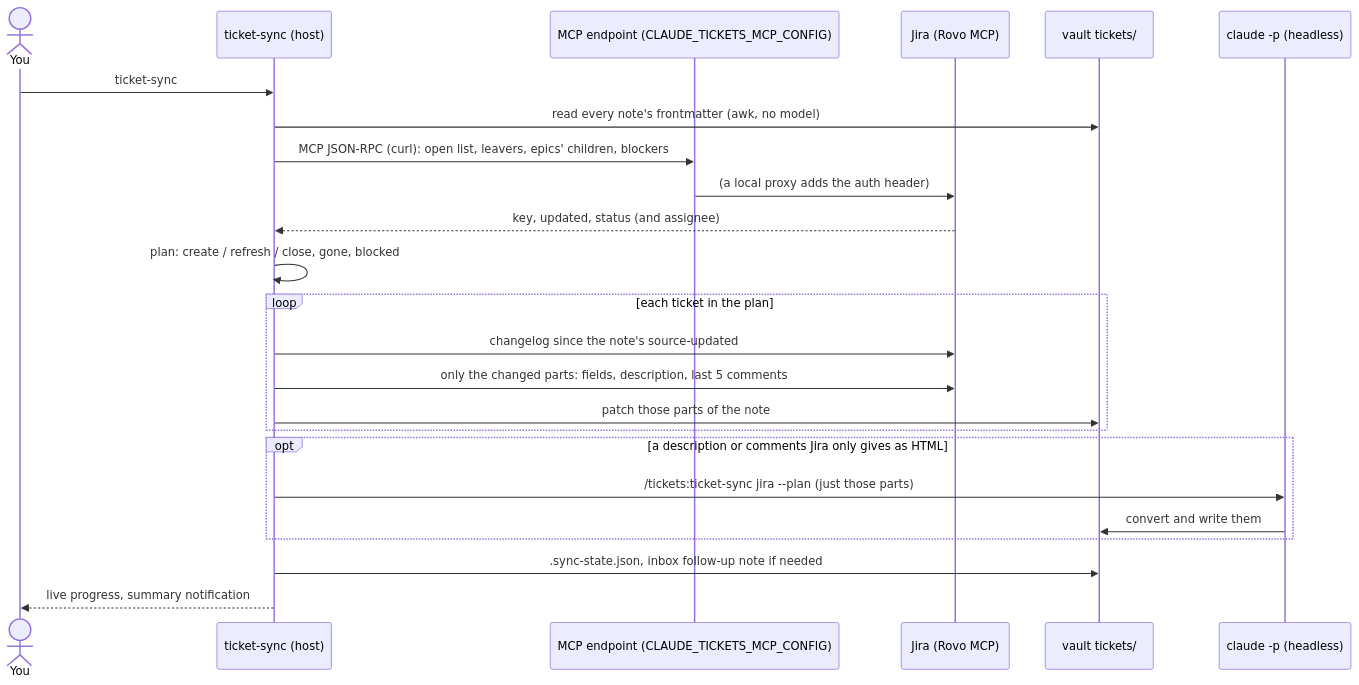
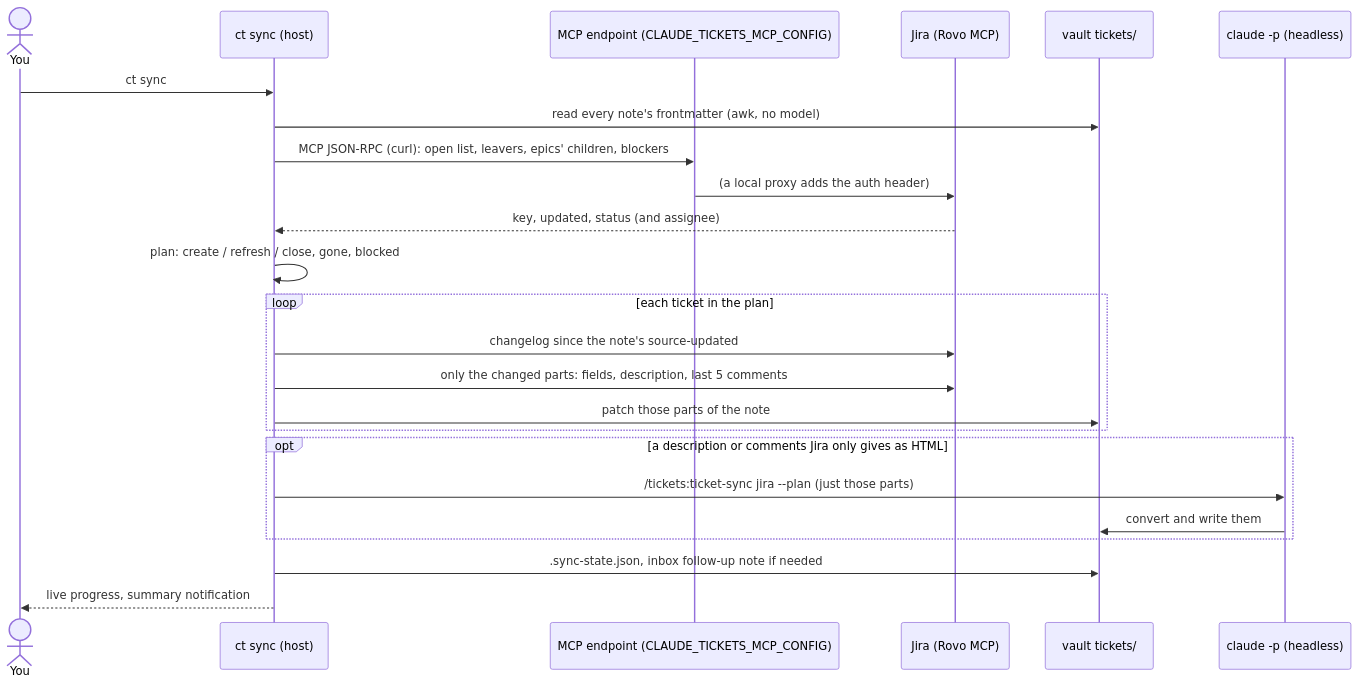
Before and after one commit to zero4573/claude-tickets: the first of 6 diagrams in README.md, drawn with Mermaid. The commit also changed other lines of this file and 57 other files, not shown here.

````diff
--- a/README.md
+++ b/README.md
@@ -200,27 +217,27 @@
 ```mermaid
 sequenceDiagram
   actor You
-  participant TS as ticket-sync (host)
+  participant TS as ct sync (host)
   participant PX as MCP endpoint (CLAUDE_TICKETS_MCP_CONFIG)
   participant J as Jira (Rovo MCP)
   participant V as vault tickets/
   participant SB as claude -p (headless)
 
-  You->>TS: ticket-sync
+  You->>TS: ct sync
   TS->>V: read every note's frontmatter (awk, no model)
   TS->>PX: MCP JSON-RPC (curl): open list, leavers, epics' children, blockers
   PX->>J: (a local proxy adds the auth header)
   J-->>TS: key, updated, status (and assignee)
   TS->>TS: plan: create / refresh / close, gone, blocked
   loop each ticket in the plan
     TS->>J: changelog since the note's source-updated
     TS->>J: only the changed parts: fields, description, last 5 comments
     TS->>V: patch those parts of the note
   end
   opt a description or comments Jira only gives as HTML
     TS->>SB: /tickets:ticket-sync jira --plan (just those parts)
     SB->>V: convert and write them
   end
   TS->>V: .sync-state.json, inbox follow-up note if needed
   TS-->>You: live progress, summary notification
 ```
````
